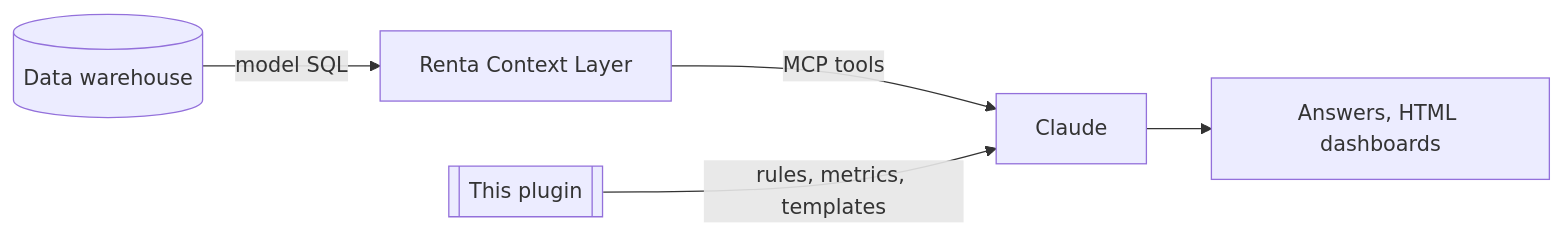
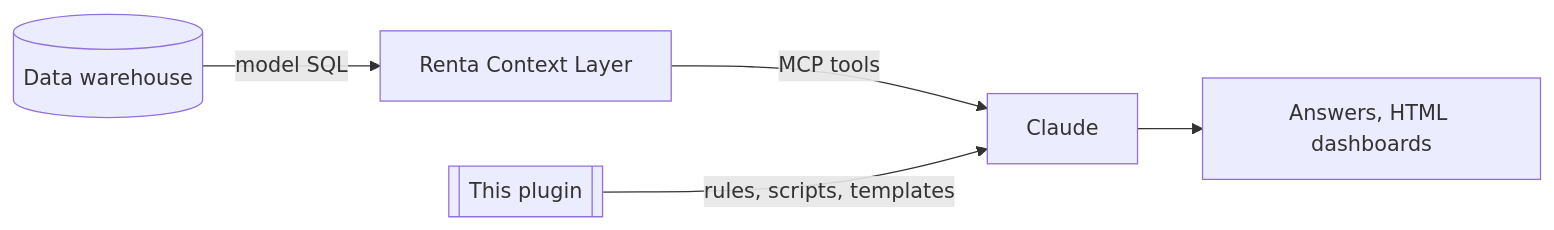
Before and after one commit to O1egKovtun/renta-igaming-analytics: the diagram in README.md, drawn with Mermaid. The commit also changed other lines of this file and 27 other files, not shown here.

````diff
--- a/README.md
+++ b/README.md
@@ -11,7 +11,7 @@
 ```mermaid
 flowchart LR
   W[(Data warehouse)] -->|model SQL| R[Renta Context Layer]
   R -->|MCP tools| C[Claude]
-  S[[This plugin]] -->|rules, metrics, templates| C
+  S[[This plugin]] -->|rules, scripts, templates| C
   C --> O[Answers, HTML dashboards]
 ```
````
